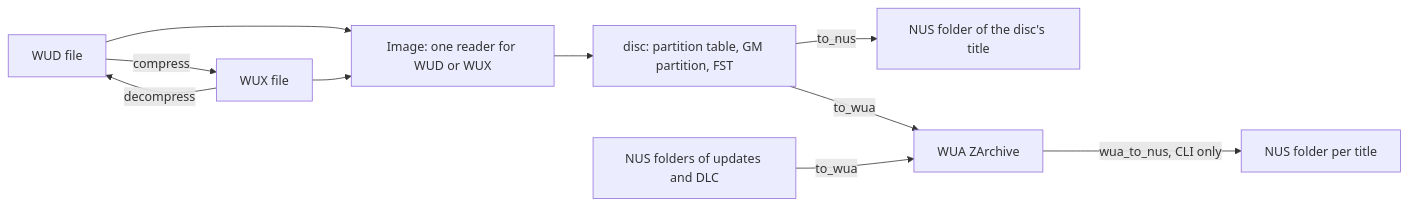
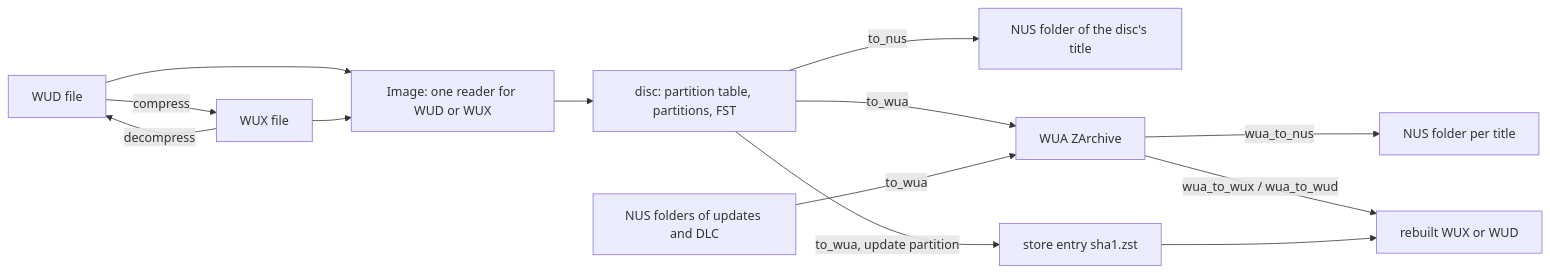
Before and after one commit to alucryd/oxyromon: the diagram in openwiki/concepts/wii-u-formats-and-wux-rs.md, drawn with Mermaid. The commit also changed other lines of this file and 55 other files, not shown here.

````diff
--- a/openwiki/concepts/wii-u-formats-and-wux-rs.md
+++ b/openwiki/concepts/wii-u-formats-and-wux-rs.md
@@ -77,12 +131,15 @@
 ```mermaid
 flowchart LR
     WUD["WUD file"] -- "compress" --> WUX["WUX file"]
     WUX -- "decompress" --> WUD
     WUD --> IMG["Image: one reader for WUD or WUX"]
     WUX --> IMG
-    IMG --> DISC["disc: partition table, GM partition, FST"]
+    IMG --> DISC["disc: partition table, partitions, FST"]
     DISC -- "to_nus" --> NUSOUT["NUS folder of the disc's title"]
     DISC -- "to_wua" --> WUA["WUA ZArchive"]
+    DISC -- "to_wua, update partition" --> STORE["store entry sha1.zst"]
     NUSIN["NUS folders of updates and DLC"] -- "to_wua" --> WUA
-    WUA -- "wua_to_nus, CLI only" --> NUSREV["NUS folder per title"]
+    WUA -- "wua_to_nus" --> NUSREV["NUS folder per title"]
+    WUA -- "wua_to_wux / wua_to_wud" --> REB["rebuilt WUX or WUD"]
+    STORE --> REB
 ```
````
